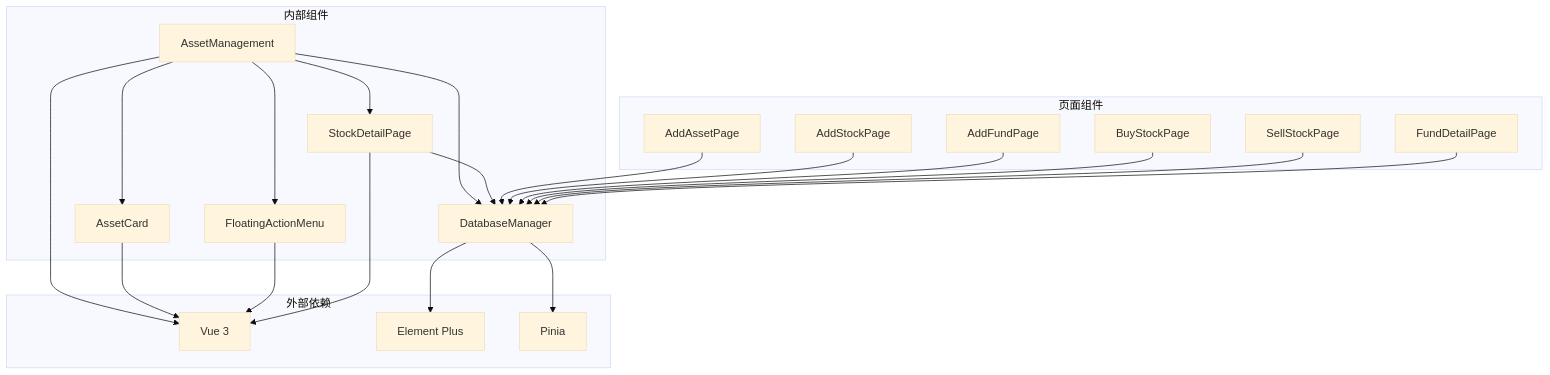
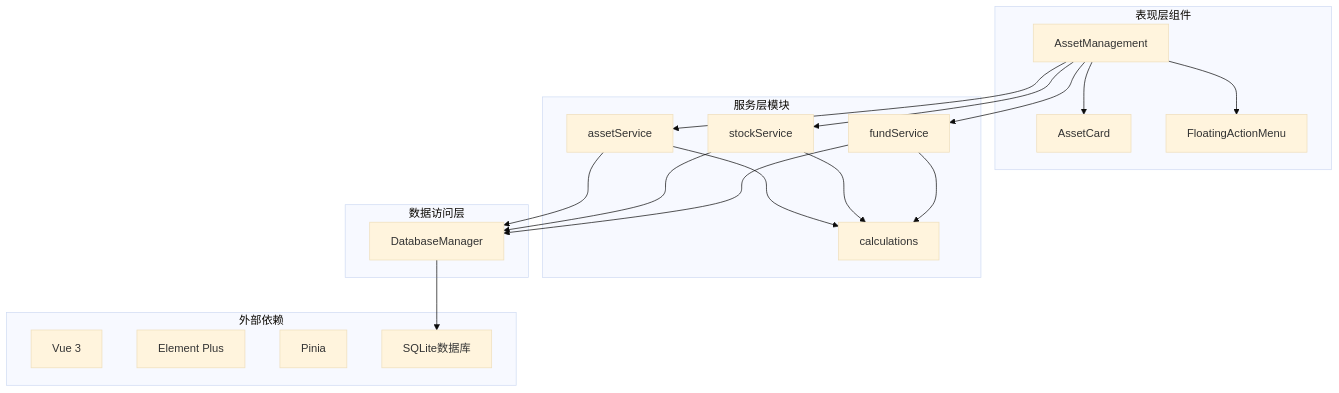
One commit to xiao-lin-unit/yuan changed diagram 17 of 19 in .qoder/repowiki/zh/content/资产管理/资产总览.md. Above: the diagram before and after it, drawn with Mermaid (base theme). The commit also changed other lines of this file and 21 other files, not shown here.

````diff
--- a/.qoder/repowiki/zh/content/资产管理/资产总览.md
+++ b/.qoder/repowiki/zh/content/资产管理/资产总览.md
@@ -514,40 +786,35 @@
 ```mermaid
 graph TB
 subgraph "外部依赖"
 VUE[Vue 3]
 ELEMENT[Element Plus]
 PINIA[Pinia]
+SQLITE[SQLite数据库]
 end
-subgraph "内部组件"
+subgraph "表现层组件"
 AM[AssetManagement]
 AC[AssetCard]
 FAM[FloatingActionMenu]
-SDP[StockDetailPage]
+end
+subgraph "服务层模块"
+AS[assetService]
+SS[stockService]
+FS[fundService]
+CAL[calculations]
+end
+subgraph "数据访问层"
 DB[DatabaseManager]
-end
-subgraph "页面组件"
-AAP[AddAssetPage]
-ASP[AddStockPage]
-AFP[AddFundPage]
-FDP[FundDetailPage]
-BSP[BuyStockPage]
-SSP[SellStockPage]
 end
 AM --> AC
 AM --> FAM
-AM --> SDP
-AM --> DB
-SDP --> DB
-AAP --> DB
-ASP --> DB
-AFP --> DB
-BSP --> DB
-SSP --> DB
-FDP --> DB
-AM --> VUE
-AC --> VUE
-FAM --> VUE
-SDP --> VUE
-DB --> PINIA
-DB --> ELEMENT
+AM --> AS
+AM --> SS
+AM --> FS
+AS --> CAL
+SS --> CAL
+FS --> CAL
+AS --> DB
+SS --> DB
+FS --> DB
+DB --> SQLITE
 ```
````
